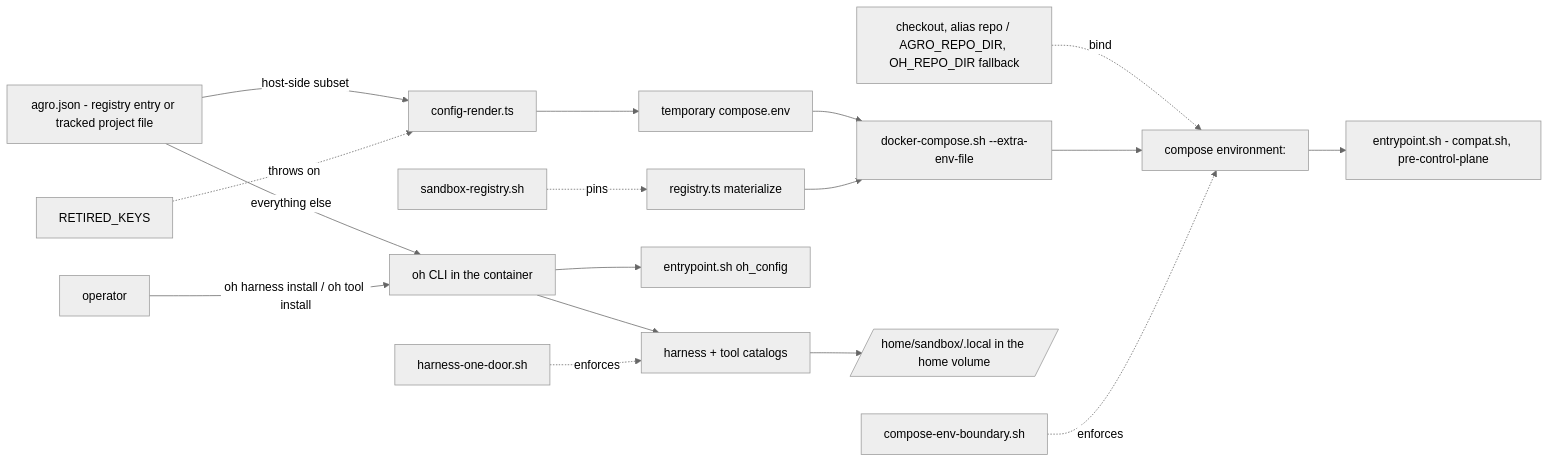
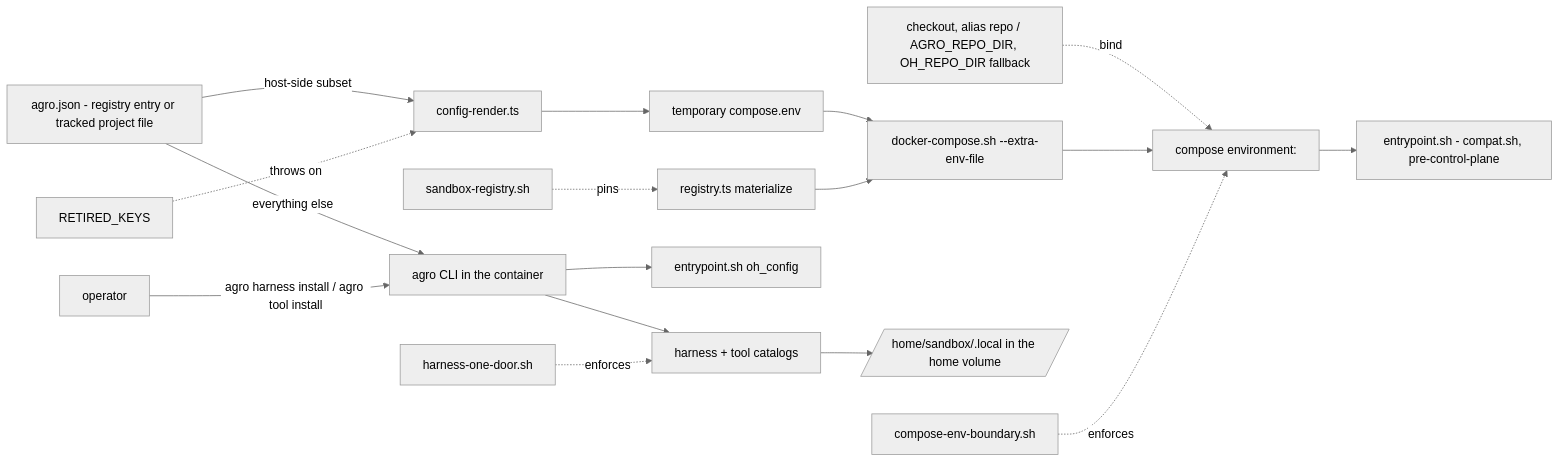
One commit to mifunedev/agro changed the diagram in .agro/knowledge/source/compose-env-boundary.md. Above: the diagram before and after it, drawn with Mermaid (neutral theme). The commit also changed 3 other files, not shown here.

First line of the commit message:
bug: complete the canonical-CLI naming in prose, a diagram, and issue templates

````diff
--- a/.agro/knowledge/source/compose-env-boundary.md
+++ b/.agro/knowledge/source/compose-env-boundary.md
@@ -65,20 +65,20 @@
 ```mermaid
 flowchart LR
   OH[agro.json - registry entry or tracked project file]
   OH -->|host-side subset| CR[config-render.ts]
   CR --> ENV[temporary compose.env]
   ENV --> DC[docker-compose.sh --extra-env-file]
   REG[registry.ts materialize] --> DC
   REPO["checkout, alias repo / AGRO_REPO_DIR, OH_REPO_DIR fallback"] -. bind .-> COMPOSE
   DC --> COMPOSE[compose environment:]
   COMPOSE --> EP1[entrypoint.sh - compat.sh, pre-control-plane]
-  OH -->|everything else| CLI[oh CLI in the container]
+  OH -->|everything else| CLI[agro CLI in the container]
   CLI --> EP2[entrypoint.sh oh_config]
-  OP[operator] -->|oh harness install / oh tool install| CLI
+  OP[operator] -->|agro harness install / agro tool install| CLI
   CLI --> CAT[harness + tool catalogs]
   CAT --> HOME[/home/sandbox/.local in the home volume/]
   PROBE[compose-env-boundary.sh] -.enforces.-> COMPOSE
   DOOR[harness-one-door.sh] -.enforces.-> CAT
   SR[sandbox-registry.sh] -.pins.-> REG
   RK[RETIRED_KEYS] -.throws on.-> CR
 ```
````
